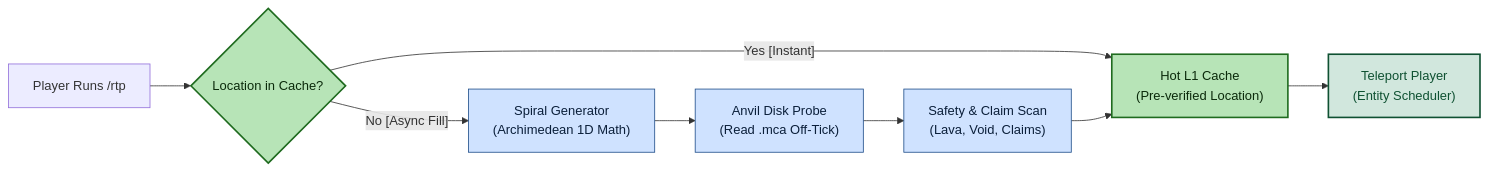
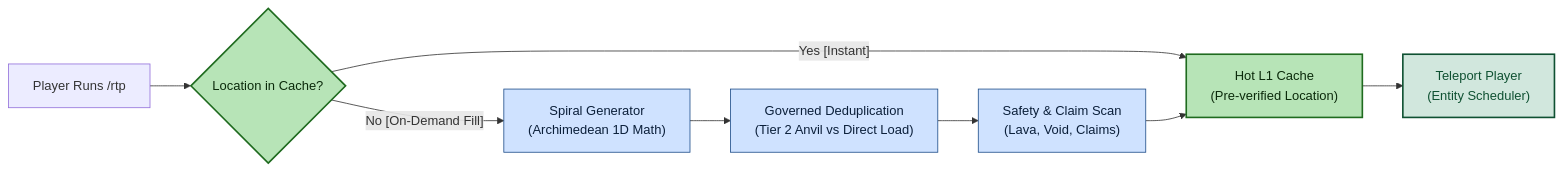
Before and after one commit to DailyStruggle/RTP: the first of 2 diagrams in docs/architecture/01-teleport-execution-pipeline.md, drawn with Mermaid. The commit also changed other lines of this file and 223 other files, not shown here.

````diff
--- a/docs/architecture/01-teleport-execution-pipeline.md
+++ b/docs/architecture/01-teleport-execution-pipeline.md
@@ -18,23 +18,23 @@
 ```mermaid
 flowchart LR
     A["Player Runs /rtp"] --> B{"Location in Cache?"}
 
     %% Fast Path
     B -- "Yes [Instant]" --> C["Hot L1 Cache<br/>(Pre-verified Location)"]
 
     %% Async Generation Path
-    B -- "No [Async Fill]" --> D["Spiral Generator<br/>(Archimedean 1D Math)"]
-    D --> E["Anvil Disk Probe<br/>(Read .mca Off-Tick)"]
+    B -- "No [On-Demand Fill]" --> D["Spiral Generator<br/>(Archimedean 1D Math)"]
+    D --> E["Governed Deduplication<br/>(Tier 2 Anvil vs Direct Load)"]
     E --> F["Safety & Claim Scan<br/>(Lava, Void, Claims)"]
     F --> C
 
     %% Teleport Execution
     C --> G["Teleport Player<br/>(Entity Scheduler)"]
 
     classDef fast fill:#b7e4b7,stroke:#1f6b1f,stroke-width:2px,color:#0b2a0b;
     classDef async fill:#cfe2ff,stroke:#1f4e8a,stroke-width:1px,color:#0b1f3a;
     classDef finish fill:#d1e7dd,stroke:#0f5132,stroke-width:2px,color:#0f5132;
     class B,C fast;
     class D,E,F async;
     class G finish;
 ```
````
